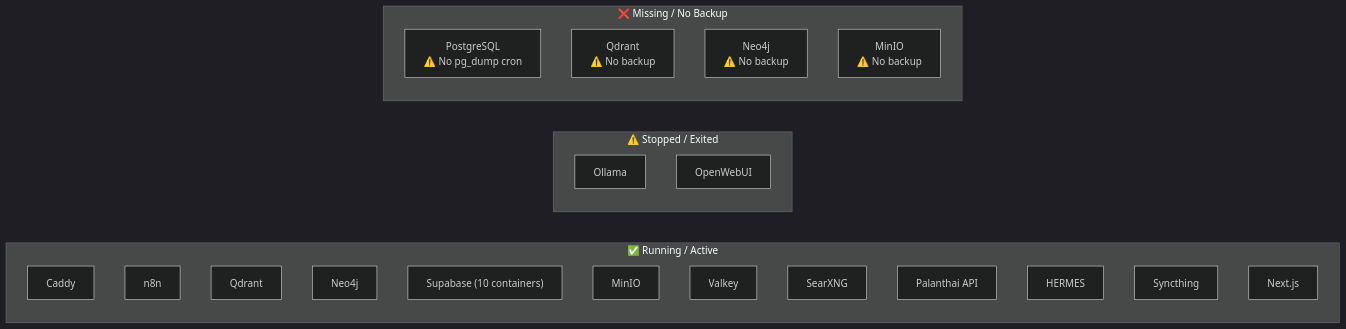
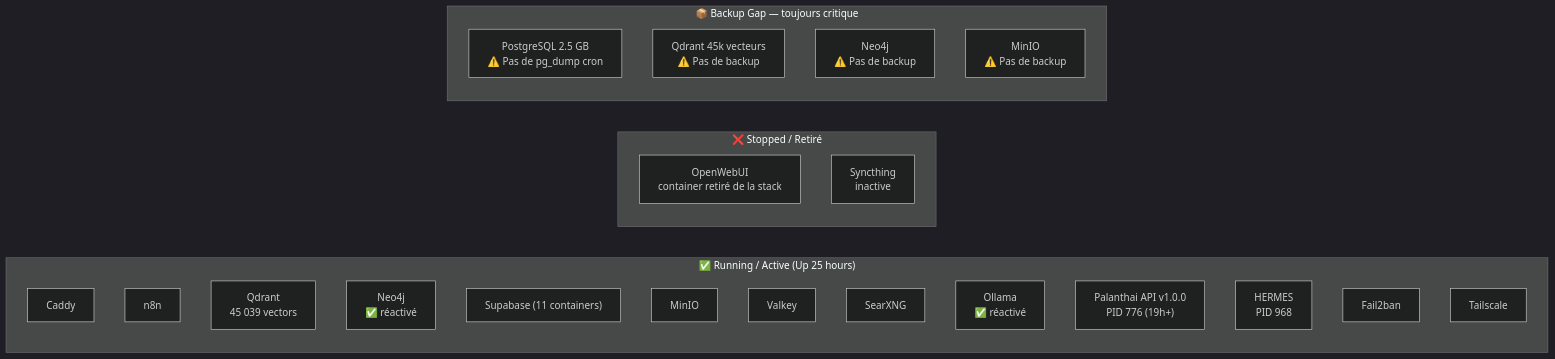
The fifth of 7 diagrams in 10_Infrastructure/VPS_Hostinger/VPS_ARCHITECTURE_DIAGRAM.md (jeanhackpy/local-ai-packaged), drawn with Mermaid (dark theme) before and after one commit. The commit also changed other lines of this file and 4467 other files, not shown here.

````diff
--- a/10_Infrastructure/VPS_Hostinger/VPS_ARCHITECTURE_DIAGRAM.md
+++ b/10_Infrastructure/VPS_Hostinger/VPS_ARCHITECTURE_DIAGRAM.md
@@ -212,29 +220,30 @@
 ```mermaid
 flowchart LR
-    subgraph RUNNING["✅ Running / Active"]
+    subgraph RUNNING["✅ Running / Active (Up 25 hours)"]
         CADDY_R["Caddy"]
         N8N_R["n8n"]
-        QDRANT_R["Qdrant"]
-        NEO4J_R["Neo4j"]
-        SUPABASE_ALL["Supabase (10 containers)"]
+        QDRANT_R["Qdrant<br/>45 039 vectors"]
+        NEO4J_R["Neo4j<br/>✅ réactivé"]
+        SUPABASE_ALL["Supabase (11 containers)"]
         MINIO_R["MinIO"]
         VALKEY_R["Valkey"]
         SEARXNG_R["SearXNG"]
-        PALANTHAI_R["Palanthai API"]
-        HERMES_R["HERMES"]
-        SYNCTHING_R["Syncthing"]
-        NEXTJS_R["Next.js"]
+        OLLAMA_R["Ollama<br/>✅ réactivé"]
+        PALANTHAI_R["Palanthai API v1.0.0<br/>PID 776 (19h+)"]
+        HERMES_R["HERMES<br/>PID 968"]
+        FAIL2BAN_R["Fail2ban"]
+        TAILSCALE_R["Tailscale"]
     end
 
-    subgraph STOPPED["⚠️ Stopped / Exited"]
-        OLLAMA_S["Ollama"]
-        OPENWEBUI_S["OpenWebUI"]
+    subgraph STOPPED["❌ Stopped / Retiré"]
+        OPENWEBUI_S["OpenWebUI<br/>container retiré de la stack"]
+        SYNCTHING_S["Syncthing<br/>inactive"]
     end
 
-    subgraph MISSING["❌ Missing / No Backup"]
-        PG_BACKUP["PostgreSQL<br/>⚠️ No pg_dump cron"]
-        QDRANT_BACKUP["Qdrant<br/>⚠️ No backup"]
-        NEO4J_BACKUP["Neo4j<br/>⚠️ No backup"]
-        MINIO_BACKUP["MinIO<br/>⚠️ No backup"]
+    subgraph BACKUP_GAP["📦 Backup Gap — toujours critique"]
+        PG_BACKUP["PostgreSQL 2.5 GB<br/>⚠️ Pas de pg_dump cron"]
+        QDRANT_BACKUP["Qdrant 45k vecteurs<br/>⚠️ Pas de backup"]
+        NEO4J_BACKUP["Neo4j<br/>⚠️ Pas de backup"]
+        MINIO_BACKUP["MinIO<br/>⚠️ Pas de backup"]
     end
 ```
````
